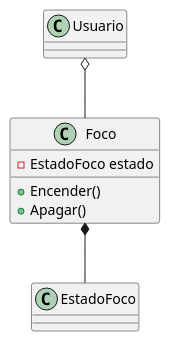
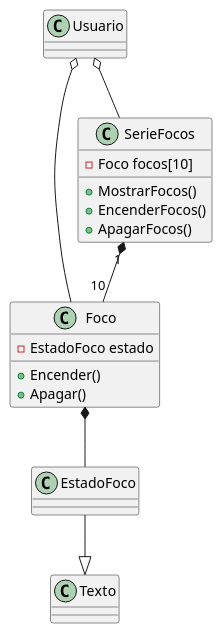
Before and after one commit to JoeloMV/3F261-Segundo-parcial: the diagram in docs/foco.puml, drawn with PlantUML. The commit also changed 4 other files, not shown here.

```diff
--- a/docs/foco.puml
+++ b/docs/foco.puml
@@ -1,16 +1,25 @@
 @startuml foco
 
 class Usuario
 
 class Foco{
 - EstadoFoco estado
 + Encender()
 + Apagar()
 }
 
 class EstadoFoco
+class SerieFocos{
+    - Foco focos[10]
+    + MostrarFocos()
+    + EncenderFocos()
+    + ApagarFocos()
+}
 
 Usuario o-- Foco
 Foco *-- EstadoFoco
+EstadoFoco --|> Texto
+SerieFocos "1" *-- "10" Foco
+Usuario o-- SerieFocos
 
 @enduml
```
